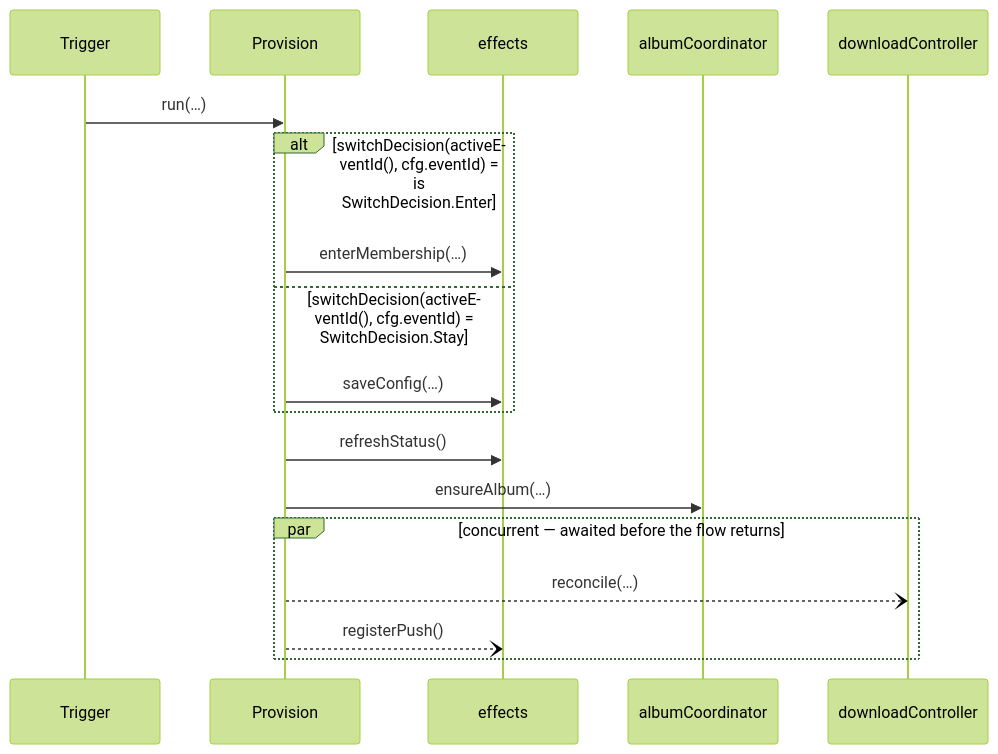
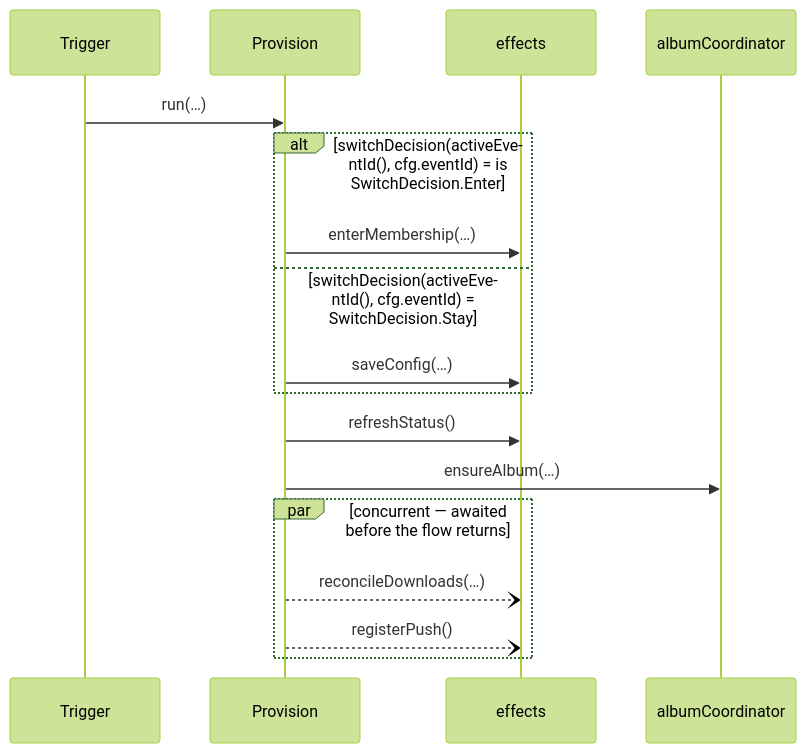
The diagram in architecture/flows/Provision.md (stefanhoelzl/SnapSync), drawn with Mermaid (forest theme) before and after one commit. The commit also changed 16 other files, not shown here.

````diff
--- a/architecture/flows/Provision.md
+++ b/architecture/flows/Provision.md
@@ -14,20 +14,19 @@
 ```mermaid
 sequenceDiagram
   participant Trigger
   participant Provision
   participant effects
   participant albumCoordinator
-  participant downloadController
   Trigger->>Provision: run(…)
   alt switchDecision(activeEventId(), cfg.eventId) = is SwitchDecision.Enter
     Provision->>effects: enterMembership(…)
   else switchDecision(activeEventId(), cfg.eventId) = SwitchDecision.Stay
     Provision->>effects: saveConfig(…)
   end
   Provision->>effects: refreshStatus()
   Provision->>albumCoordinator: ensureAlbum(…)
   par concurrent — awaited before the flow returns
-    Provision--)downloadController: reconcile(…)
+    Provision--)effects: reconcileDownloads(…)
     Provision--)effects: registerPush()
   end
 ```
````
